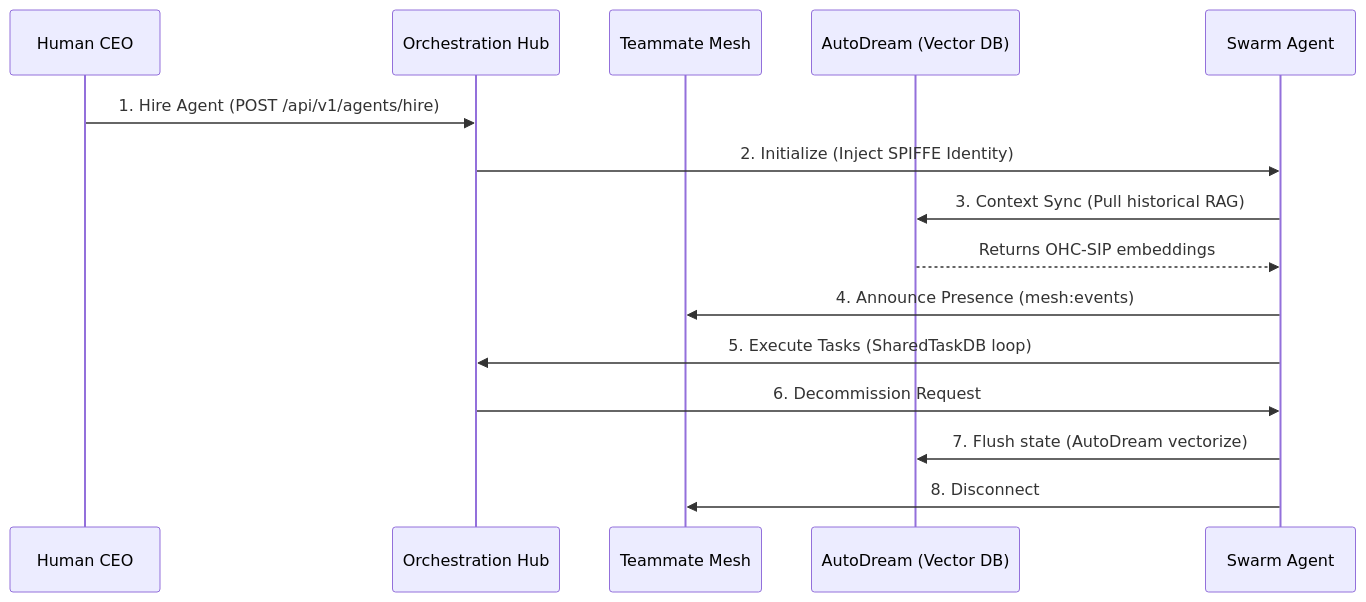
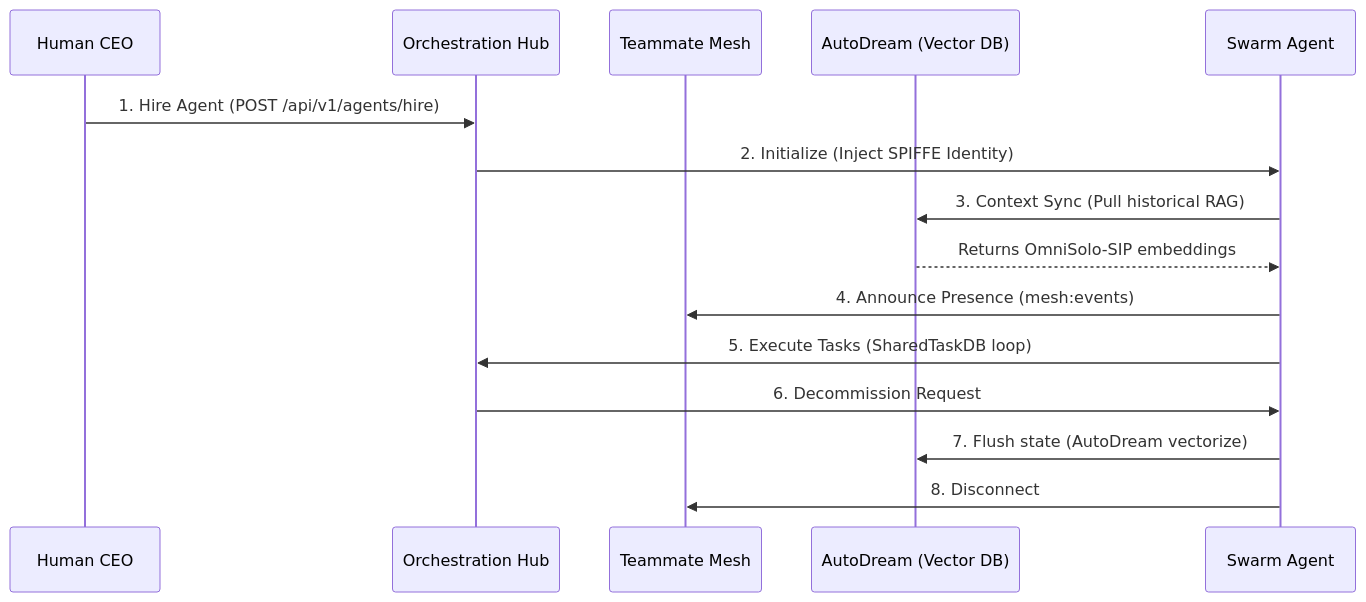
Before and after one commit to omnisolo-llc/onehumancorp: the diagram in docs/technical/walkthroughs/agent_lifecycle.md, drawn with Mermaid. The commit also changed other lines of this file and 2191 other files, not shown here.

Commit message:
feat: complete OmniSolo rename and browser audit

````diff
--- a/docs/technical/walkthroughs/agent_lifecycle.md
+++ b/docs/technical/walkthroughs/agent_lifecycle.md
@@ -11,18 +11,18 @@
 ```mermaid
 sequenceDiagram
     participant CE as Human CEO
     participant Hub as Orchestration Hub
     participant Mesh as Teammate Mesh
     participant Memory as AutoDream (Vector DB)
     participant Agent as Swarm Agent
 
     CE->>Hub: 1. Hire Agent (POST /api/v1/agents/hire)
     Hub->>Agent: 2. Initialize (Inject SPIFFE Identity)
     Agent->>Memory: 3. Context Sync (Pull historical RAG)
-    Memory-->>Agent: Returns OHC-SIP embeddings
+    Memory-->>Agent: Returns OmniSolo-SIP embeddings
     Agent->>Mesh: 4. Announce Presence (mesh:events)
     Agent->>Hub: 5. Execute Tasks (SharedTaskDB loop)
     Hub->>Agent: 6. Decommission Request
     Agent->>Memory: 7. Flush state (AutoDream vectorize)
     Agent->>Mesh: 8. Disconnect
 ```
````
